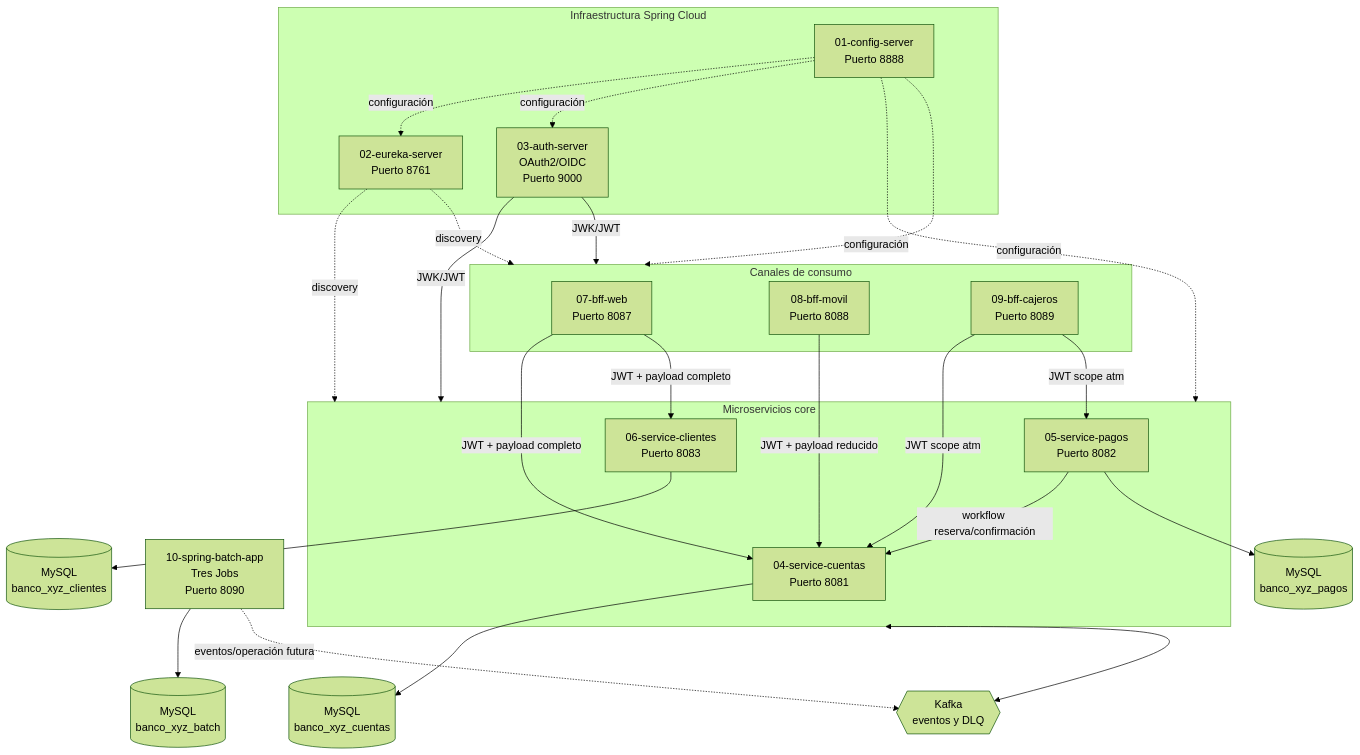
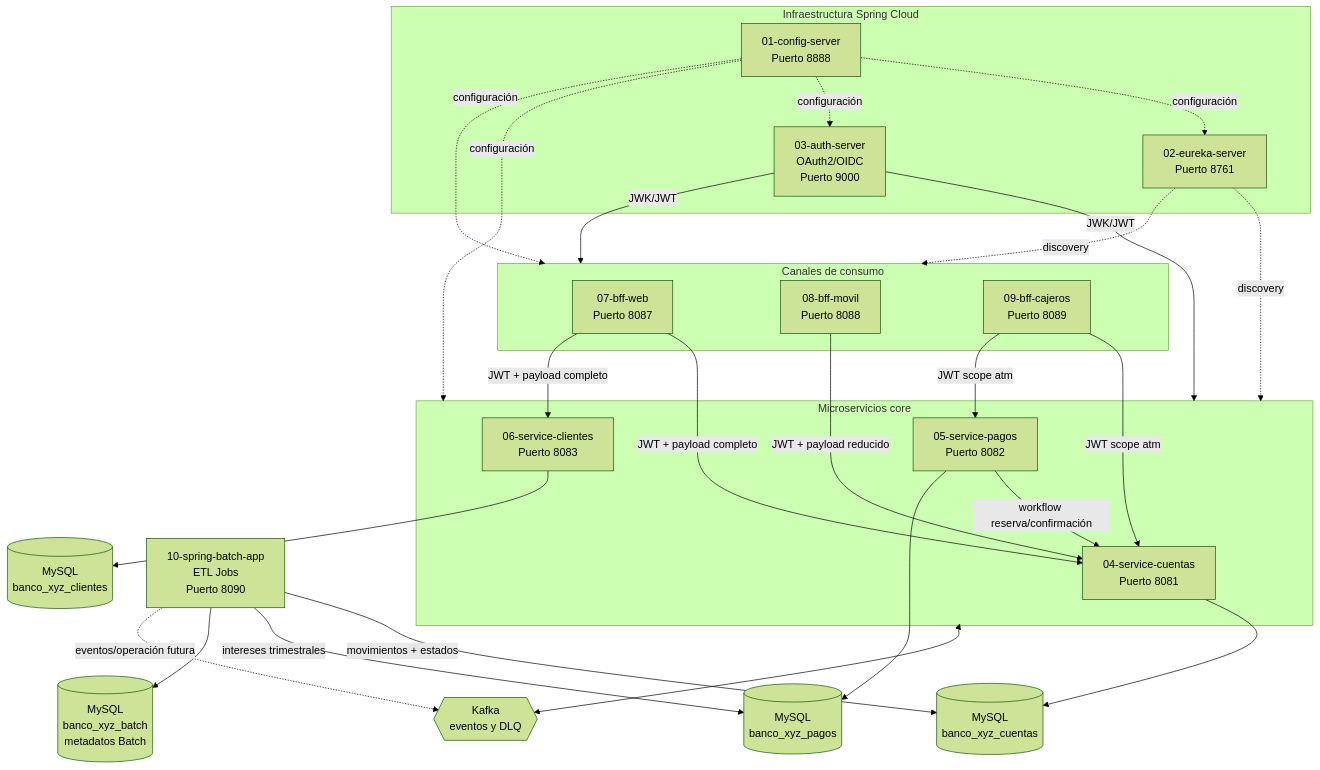
One commit to andreaendigital/backend03_eft changed the diagram in README.md. Above: the diagram before and after it, drawn with Mermaid (forest theme). The commit also changed other lines of this file and 19 other files, not shown here.

First line of the commit message:
feat(batch): ETL escribe en bases de microservicios core

````diff
--- a/README.md
+++ b/README.md
@@ -29,50 +29,52 @@
 ```mermaid
 flowchart TB
     subgraph Canales["Canales de consumo"]
         WEB["07-bff-web<br/>Puerto 8087"]
         MOB["08-bff-movil<br/>Puerto 8088"]
         ATM["09-bff-cajeros<br/>Puerto 8089"]
     end
 
     subgraph Infra["Infraestructura Spring Cloud"]
         CFG["01-config-server<br/>Puerto 8888"]
         EUR["02-eureka-server<br/>Puerto 8761"]
         AUTH["03-auth-server<br/>OAuth2/OIDC<br/>Puerto 9000"]
     end
 
     subgraph Core["Microservicios core"]
         CUENTAS["04-service-cuentas<br/>Puerto 8081"]
         PAGOS["05-service-pagos<br/>Puerto 8082"]
         CLIENTES["06-service-clientes<br/>Puerto 8083"]
     end
 
-    BATCH["10-spring-batch-app<br/>Tres Jobs<br/>Puerto 8090"]
-    MYSQL_BATCH[(MySQL<br/>banco_xyz_batch)]
+    BATCH["10-spring-batch-app<br/>ETL Jobs<br/>Puerto 8090"]
+    MYSQL_BATCH[(MySQL<br/>banco_xyz_batch<br/>metadatos Batch)]
     MYSQL_CUENTAS[(MySQL<br/>banco_xyz_cuentas)]
     MYSQL_PAGOS[(MySQL<br/>banco_xyz_pagos)]
     MYSQL_CLIENTES[(MySQL<br/>banco_xyz_clientes)]
     KAFKA{{Kafka<br/>eventos y DLQ}}
 
     WEB -->|JWT + payload completo| CUENTAS
     WEB -->|JWT + payload completo| CLIENTES
     MOB -->|JWT + payload reducido| CUENTAS
     ATM -->|JWT scope atm| CUENTAS
     ATM -->|JWT scope atm| PAGOS
     PAGOS -->|workflow reserva/confirmación| CUENTAS
 
     CFG -. configuración .-> EUR
     CFG -. configuración .-> AUTH
     CFG -. configuración .-> Core
     CFG -. configuración .-> Canales
     EUR -. discovery .-> Core
     EUR -. discovery .-> Canales
     AUTH -->|JWK/JWT| Core
     AUTH -->|JWK/JWT| Canales
 
     CUENTAS --> MYSQL_CUENTAS
     PAGOS --> MYSQL_PAGOS
     CLIENTES --> MYSQL_CLIENTES
     Core <--> KAFKA
+    BATCH -->|movimientos + estados| MYSQL_CUENTAS
+    BATCH -->|intereses trimestrales| MYSQL_PAGOS
     BATCH --> MYSQL_BATCH
     BATCH -. eventos/operación futura .-> KAFKA
 ```
````
